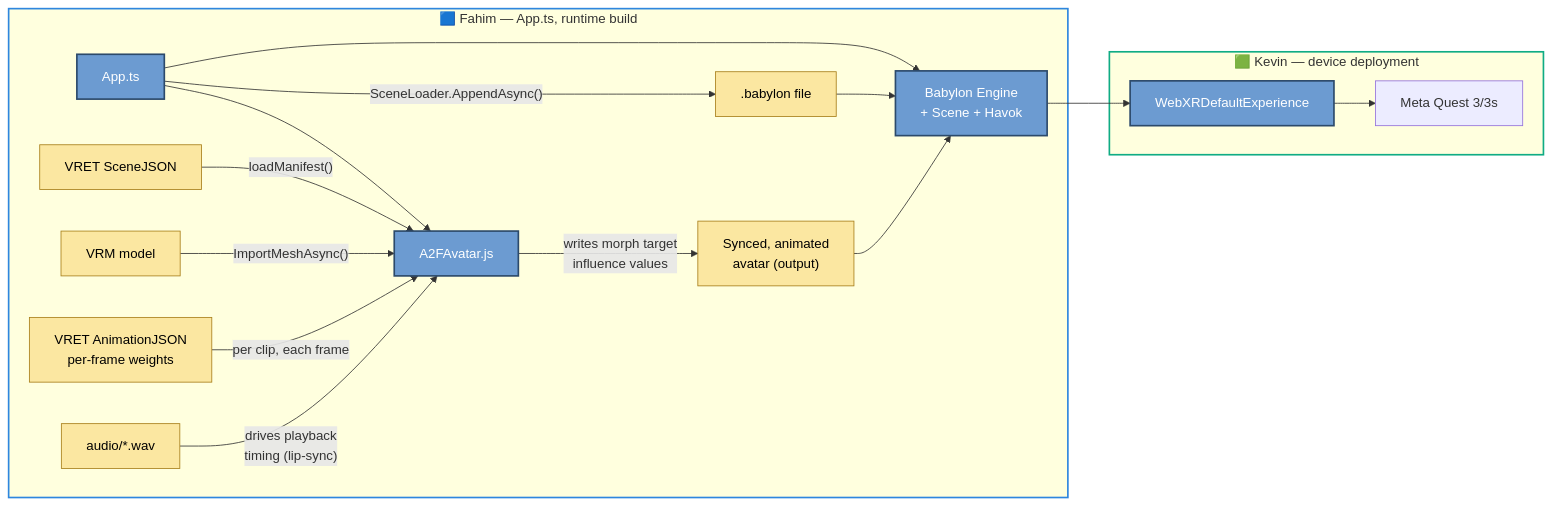
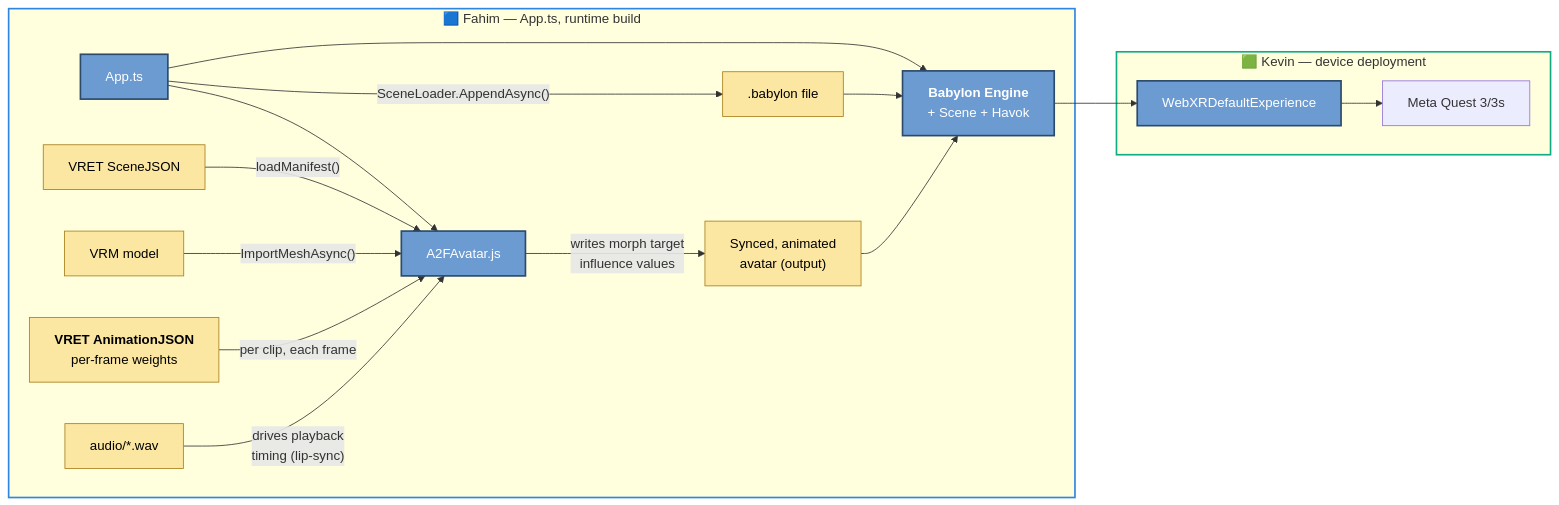
Before and after one commit to SBU-VRET/VRET-Project: the seventh of 8 diagrams in docs/TECH_PIPELINE.md, drawn with Mermaid. The commit also changed other lines of this file and 7 other files, not shown here.

````diff
--- a/docs/TECH_PIPELINE.md
+++ b/docs/TECH_PIPELINE.md
@@ -200,26 +203,26 @@
 ```mermaid
 flowchart LR
     subgraph F6["🟦 Fahim — App.ts, runtime build"]
     AppTS["App.ts"] -->|"SceneLoader.AppendAsync()"| BabylonScene[".babylon file"]
-    AppTS --> Engine["Babylon Engine<br/>+ Scene + Havok"]
+    AppTS --> Engine["<b>Babylon Engine</b><br/>+ Scene + Havok"]
     BabylonScene --> Engine
     AppTS --> A2FAvatar["A2FAvatar.js"]
     SceneJSON["VRET SceneJSON"] -->|"loadManifest()"| A2FAvatar
     VRM["VRM model"] -->|"ImportMeshAsync()"| A2FAvatar
-    RuntimeJSON["VRET AnimationJSON<br/>per-frame weights"] -->|"per clip, each frame"| A2FAvatar
+    RuntimeJSON["<b>VRET AnimationJSON</b><br/>per-frame weights"] -->|"per clip, each frame"| A2FAvatar
     WAV["audio/*.wav"] -->|"drives playback<br/>timing (lip-sync)"| A2FAvatar
     A2FAvatar -->|"writes morph target<br/>influence values"| LiveAvatar["Synced, animated<br/>avatar (output)"]
     LiveAvatar --> Engine
     end
     subgraph K6["🟩 Kevin — device deployment"]
     Engine --> WebXR["WebXRDefaultExperience"]
     WebXR --> Quest["Meta Quest 3/3s"]
     end
 
     style F6 stroke:#2E86DE,stroke-width:2px
     style K6 stroke:#10AC84,stroke-width:2px
     classDef tool fill:#6c9bd1,stroke:#2c4a6b,stroke-width:2px,color:#fff;
     classDef artifact fill:#fbe7a1,stroke:#a87f1a,stroke-width:1px,color:#000;
     class AppTS,Engine,A2FAvatar,WebXR tool
     class BabylonScene,SceneJSON,VRM,RuntimeJSON,WAV,LiveAvatar artifact
 ```
````
